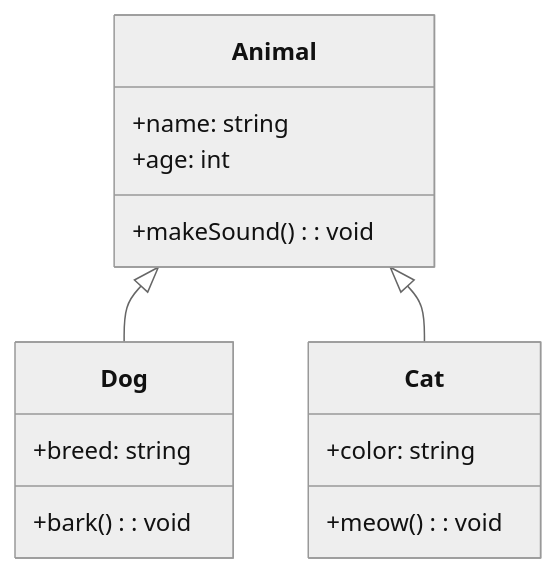
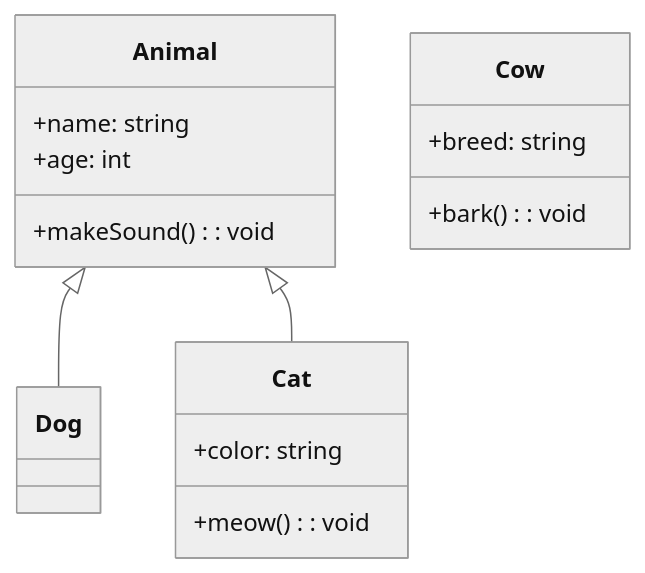
The diagram in README.md (Spoingus/TroublesomeTanks_CDP), drawn with Mermaid (neutral theme) before and after one commit.

````diff
--- a/README.md
+++ b/README.md
@@ -1,22 +1,22 @@
 ```mermaid
 classDiagram
     class Animal {
         +name: string
         +age: int
         +makeSound(): void
     }
 
-    class Dog {
+    class Cow {
         +breed: string
         +bark(): void
     }
 
     class Cat {
         +color: string
         +meow(): void
     }
 
     Animal <|-- Dog
     Animal <|-- Cat
 
 ```
````
